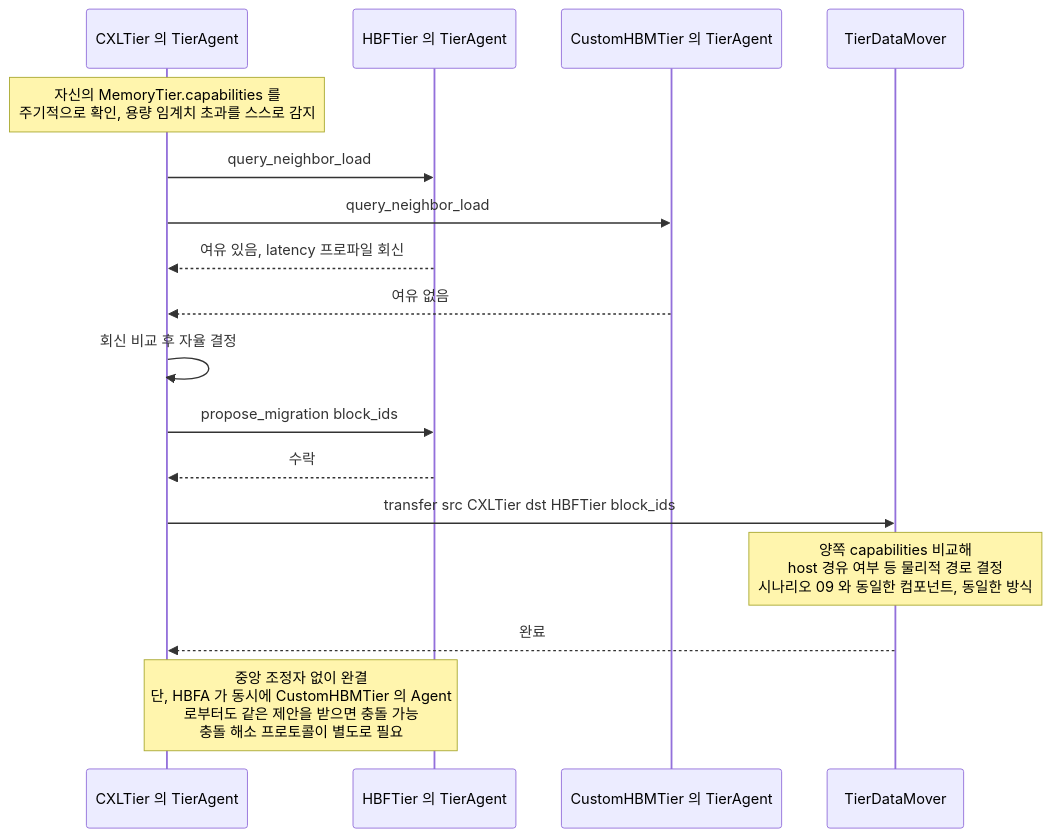
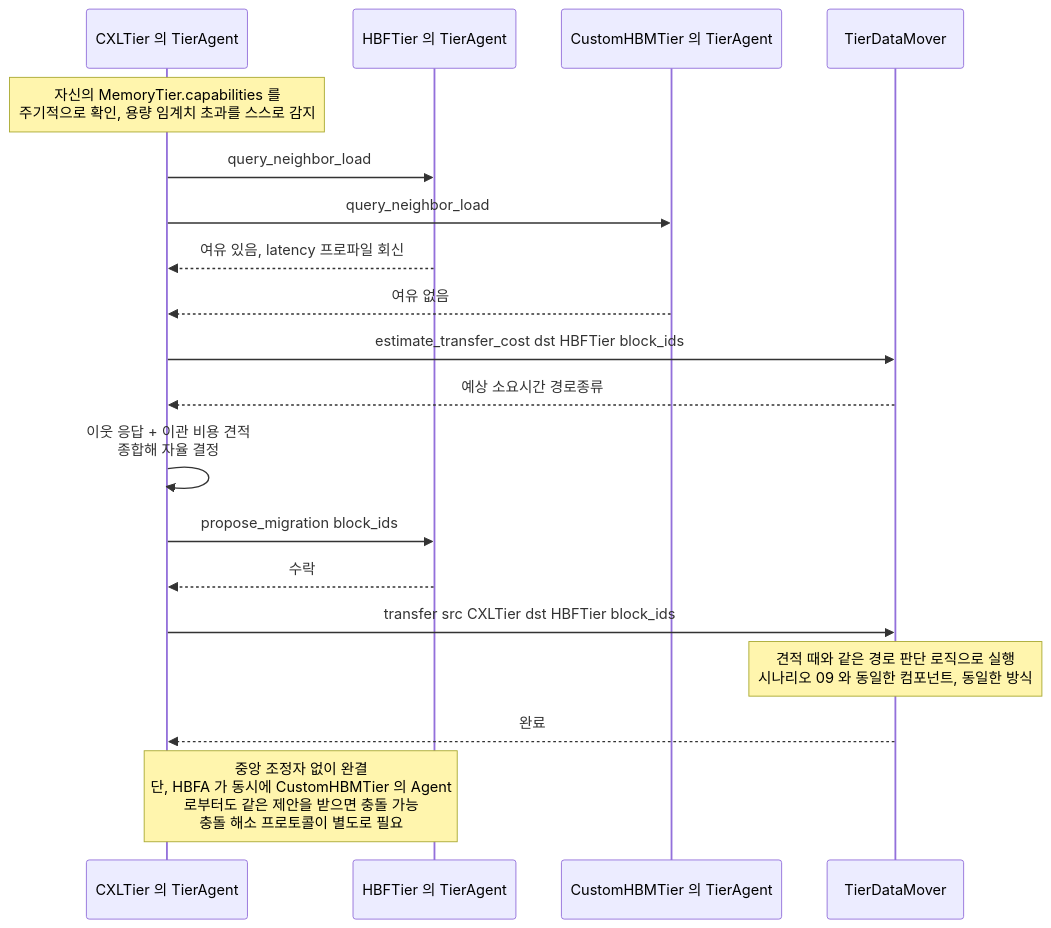
The diagram in doc-mk/scenarios/10-dp2-candidateB-distributed-migration.md (mkim0628/vllm), drawn with Mermaid before and after one commit. The commit also changed other lines of this file and 3 other files, not shown here.

````diff
--- a/doc-mk/scenarios/10-dp2-candidateB-distributed-migration.md
+++ b/doc-mk/scenarios/10-dp2-candidateB-distributed-migration.md
@@ -28,21 +28,23 @@
 ```mermaid
 sequenceDiagram
     participant CXLA as CXLTier 의 TierAgent
     participant HBFA as HBFTier 의 TierAgent
     participant CUSTOMA as CustomHBMTier 의 TierAgent
     participant MOVER as TierDataMover
 
     Note over CXLA: 자신의 MemoryTier.capabilities 를<br/>주기적으로 확인, 용량 임계치 초과를 스스로 감지
     CXLA->>HBFA: query_neighbor_load
     CXLA->>CUSTOMA: query_neighbor_load
     HBFA-->>CXLA: 여유 있음, latency 프로파일 회신
     CUSTOMA-->>CXLA: 여유 없음
-    CXLA->>CXLA: 회신 비교 후 자율 결정
+    CXLA->>MOVER: estimate_transfer_cost dst HBFTier block_ids
+    MOVER-->>CXLA: 예상 소요시간 경로종류
+    CXLA->>CXLA: 이웃 응답 + 이관 비용 견적<br/>종합해 자율 결정
     CXLA->>HBFA: propose_migration block_ids
     HBFA-->>CXLA: 수락
     CXLA->>MOVER: transfer src CXLTier dst HBFTier block_ids
-    Note over MOVER: 양쪽 capabilities 비교해<br/>host 경유 여부 등 물리적 경로 결정<br/>시나리오 09 와 동일한 컴포넌트, 동일한 방식
+    Note over MOVER: 견적 때와 같은 경로 판단 로직으로 실행<br/>시나리오 09 와 동일한 컴포넌트, 동일한 방식
     MOVER-->>CXLA: 완료
 
     Note over CXLA,HBFA: 중앙 조정자 없이 완결<br/>단, HBFA 가 동시에 CustomHBMTier 의 Agent<br/>로부터도 같은 제안을 받으면 충돌 가능<br/>충돌 해소 프로토콜이 별도로 필요
 ```
````
